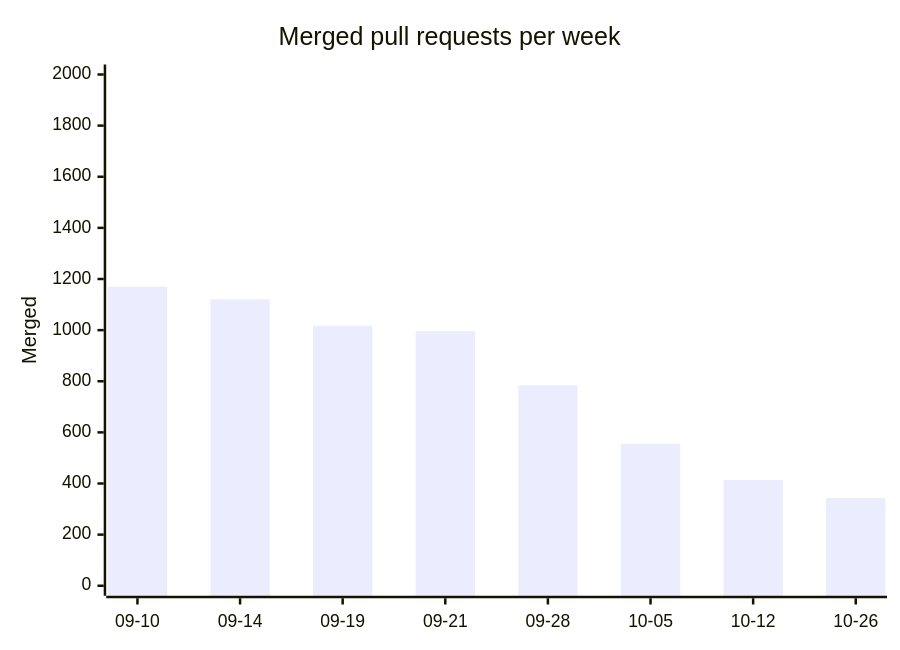
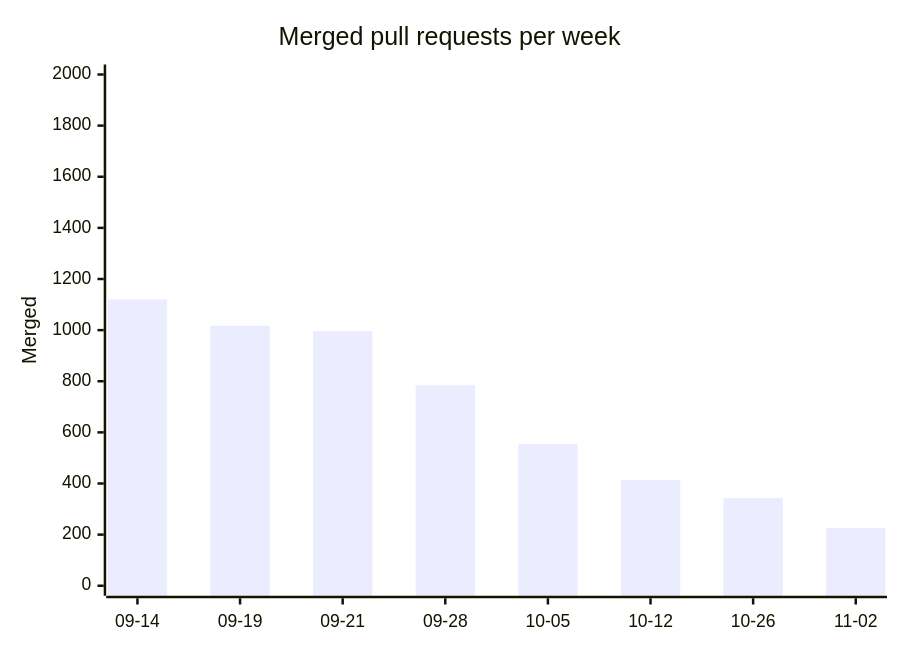
Before and after one commit to sipyourdrink-ltd/bernstein: the first of 3 diagrams in project-pulse.md, drawn with Mermaid. The commit also changed other lines of this file and 4 other files, not shown here.

````diff
--- a/project-pulse.md
+++ b/project-pulse.md
@@ -18,7 +18,7 @@
 ```mermaid
 xychart-beta
     title "Merged pull requests per week"
-    x-axis ["09-10", "09-14", "09-19", "09-21", "09-28", "10-05", "10-12", "10-26"]
+    x-axis ["09-14", "09-19", "09-21", "09-28", "10-05", "10-12", "10-26", "11-02"]
     y-axis "Merged" 0 --> 2000
-    bar [1170, 1120, 1017, 996, 784, 555, 414, 343]
+    bar [1120, 1017, 996, 784, 555, 414, 343, 226]
 ```
````
